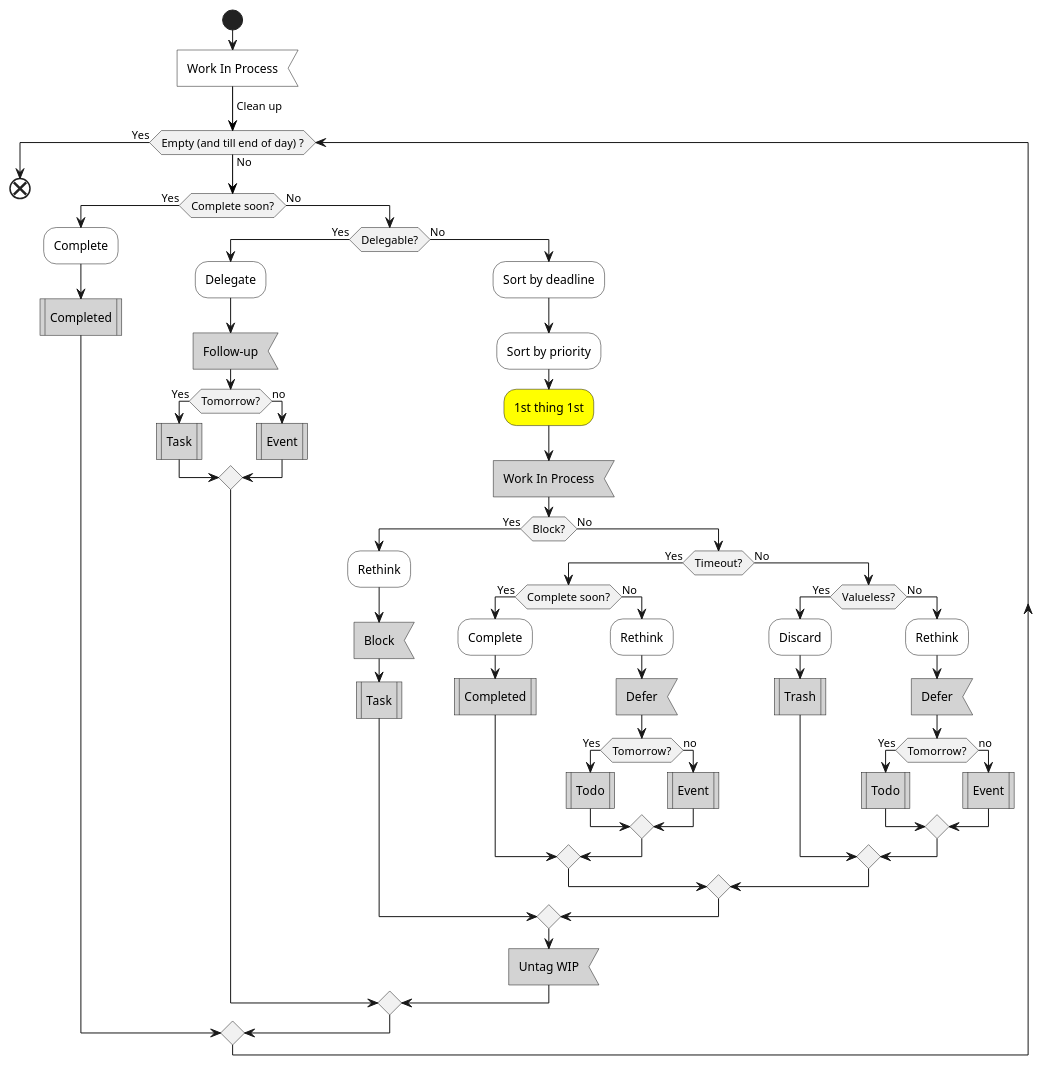
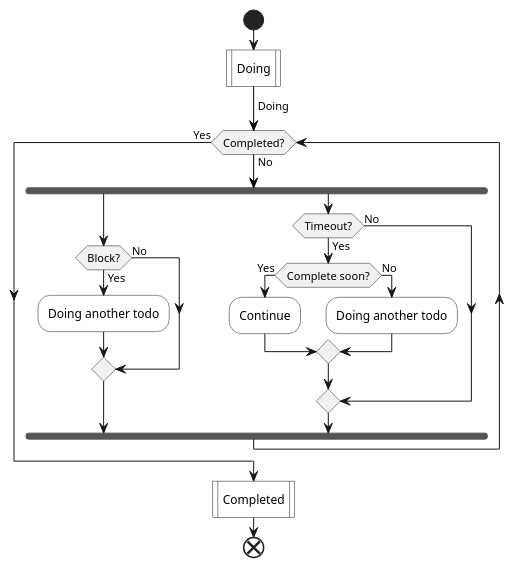
The fourth of 5 diagrams in lifelogs/rehabilitation.md (IceHe/icehe-lib), drawn with PlantUML before and after one commit. The commit also changed other lines of this file and 1 other file, not shown here.

````diff
--- a/lifelogs/rehabilitation.md
+++ b/lifelogs/rehabilitation.md
@@ -331,63 +358,72 @@
 ```plantuml
 @startuml
 start
-#white:Work In Process<
--[#black]-> Clean up;
-while (Empty (and till end of day) ?) is (No)
-    if (Complete soon?) then (Yes)
-        #white:Complete;
-        #lightGray:Completed|
-    else (No)
-        if (Delegable?) then (Yes)
-            #white:Delegate;
-            #lightGray:Follow-up<
-            if (Tomorrow?) then (Yes)
-                #lightGray:Task|
-            else (no)
-                #lightGray:Event|
+#white:Doing|
+'#white:Work In Process<
+-[#black]-> Doing;
+while (Completed?) is (No)
+    fork
+        if (Block?) then (Yes)
+            #white:Doing another todo;
+        else (No)
+        endif
+    fork again
+        if (Timeout?) then (Yes)
+            if (Complete soon?) then (Yes)
+                #white:Continue;
+                '#white:Complete;
+                '#lightGray:Completed|
+            else (No)
+                #white:Doing another todo;
+                '#white:Rethink;
+                '#lightGray:Defer<
+                'if (Tomorrow?) then (Yes)
+                '    #lightGray:Todo|
+                'else (no)
+                '    #lightGray:Event|
+                'endif
             endif
         else (No)
-            #white:Sort by deadline;
-            #white:Sort by priority;
-            #yellow:1st thing 1st;
-            #lightGray:Work In Process<
-            if (Block?) then (Yes)
-                #white:Rethink;
-                #lightGray:Block<
-                #lightGray:Task|
-            else (No)
-                if (Timeout?) then (Yes)
-                    if (Complete soon?) then (Yes)
-                        #white:Complete;
-                        #lightGray:Completed|
-                    else (No)
-                        #white:Rethink;
-                        #lightGray:Defer<
-                        if (Tomorrow?) then (Yes)
-                            #lightGray:Todo|
-                        else (no)
-                            #lightGray:Event|
-                        endif
-                    endif
-                else (No)
-                    if (Valueless?) then (Yes)
-                        #white:Discard;
-                        #lightGray:Trash|
-                    else (No)
-                        #white:Rethink;
-                        #lightGray:Defer<
-                        if (Tomorrow?) then (Yes)
-                            #lightGray:Todo|
-                        else (no)
-                            #lightGray:Event|
-                        endif
-                    endif
-                endif
-            endif
-            #lightGray:Untag WIP<
         endif
-    endif
+    end fork
+    'if (Block?) then (Yes)
+    '    '#white:Rethink;
+    '    '#lightGray:Block<
+    '    #lightGray:Task|
+    'else (No)
+    '    if (Timeout?) then (Yes)
+    '        if (Complete soon?) then (Yes)
+    '            #white:Continue;
+    '            '#white:Complete;
+    '            '#lightGray:Completed|
+    '        else (No)
+    '            #lightGray:Task|
+    '            '#white:Rethink;
+    '            '#lightGray:Defer<
+    '            'if (Tomorrow?) then (Yes)
+    '            '    #lightGray:Todo|
+    '            'else (no)
+    '            '    #lightGray:Event|
+    '            'endif
+    '        endif
+    '    else (No)
+    '        ''if (Valueless?) then (Yes)
+    '        ''    '#white:Discard;
+    '        ''    #lightGray:Trash|
+    '        ''else (No)
+    '        '    #white:Rethink;
+    '        '    #lightGray:Defer<
+    '        '    if (Tomorrow?) then (Yes)
+    '        '        #lightGray:Todo|
+    '        '    else (no)
+    '        '        #lightGray:Event|
+    '        '    endif
+    '        ''endif
+    '    endif
+    'endif
+    ''#lightGray:Untag WIP<
 endwhile (Yes)
+#white:Completed|
 end
 @enduml
 ```
````
